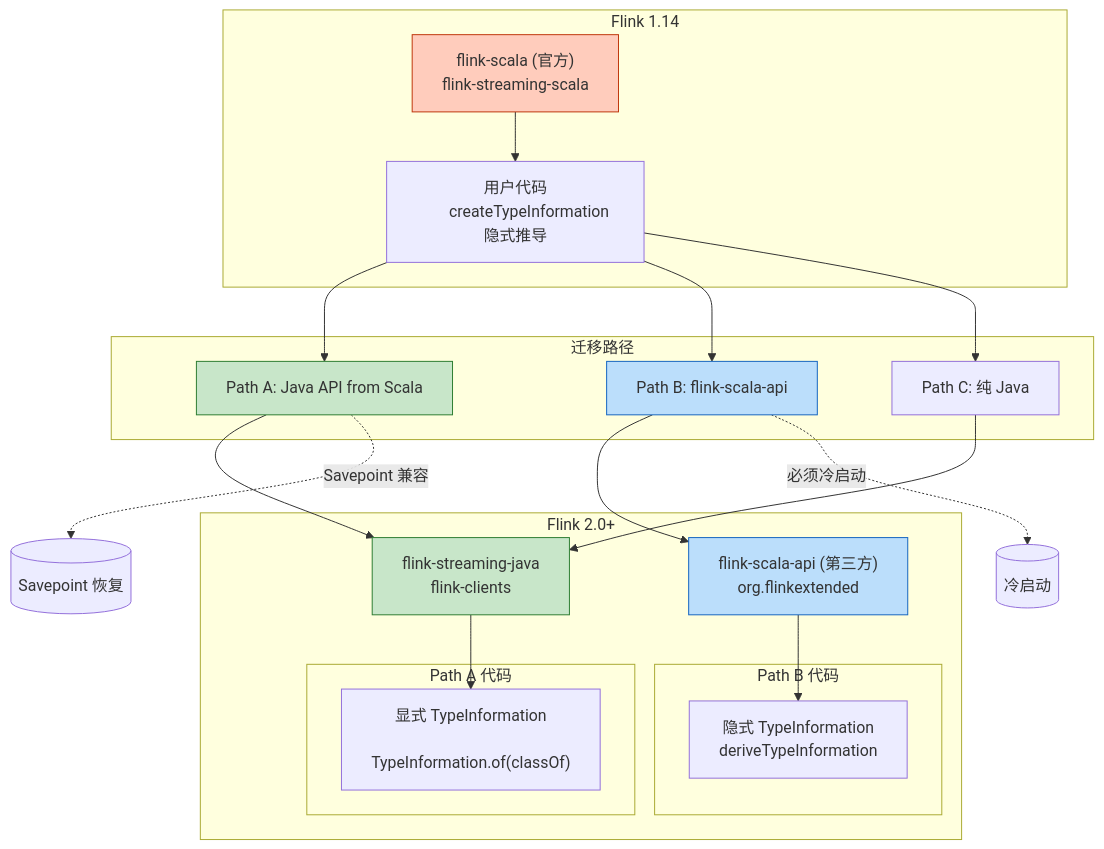
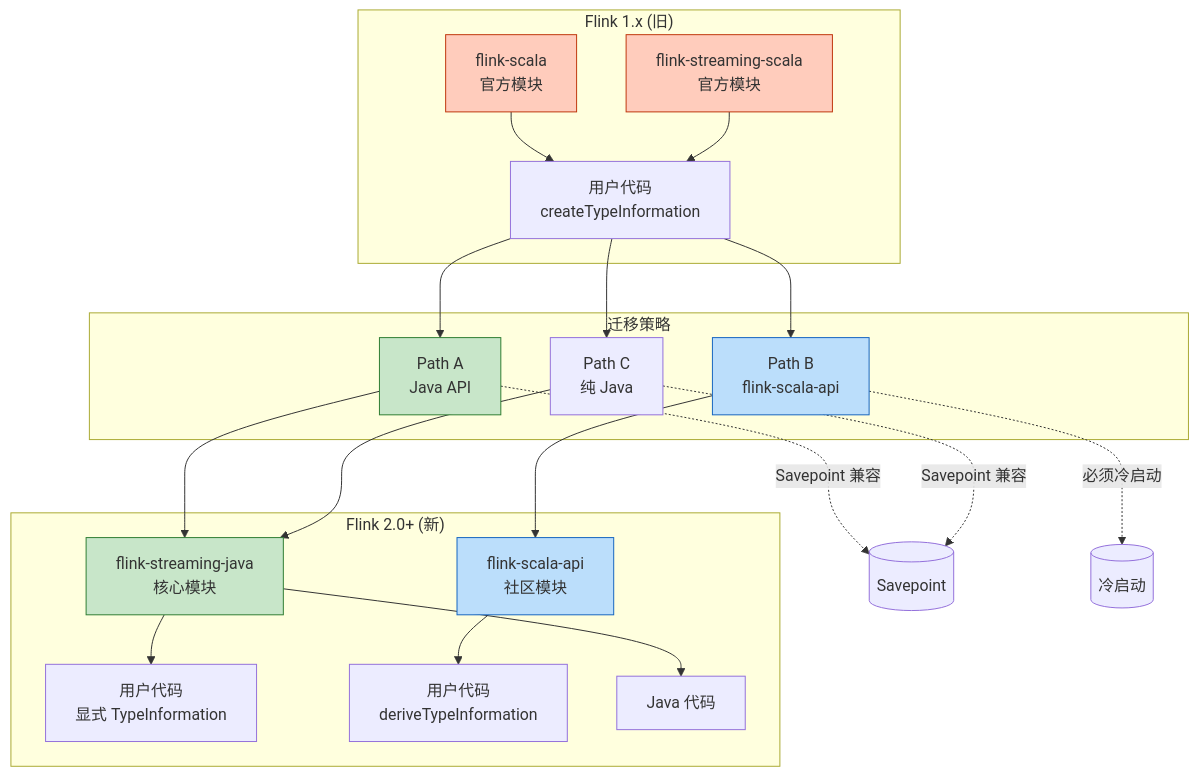
The fourth of 5 diagrams in Flink/09-language-foundations/03.01-migration-guide.md (AdaMartin18010/AnalysisDataFlow), drawn with Mermaid before and after one commit. The commit also changed other lines of this file and 19 other files, not shown here.

````diff
--- a/Flink/09-language-foundations/03.01-migration-guide.md
+++ b/Flink/09-language-foundations/03.01-migration-guide.md
@@ -819,53 +1895,47 @@
 ```mermaid
 graph TB
-    subgraph "Flink 1.14"
-        OLD_API["flink-scala (官方)
-        flink-streaming-scala"]
-        OLD_CODE["用户代码
-        createTypeInformation 隐式推导"]
+    subgraph Flink1x["Flink 1.x (旧)"]
+        FS[flink-scala<br/>官方模块]
+        FSS[flink-streaming-scala<br/>官方模块]
+        CODE1[用户代码<br/>createTypeInformation]
     end
 
-    subgraph "迁移路径"
-        PATH_A["Path A: Java API from Scala"]
-        PATH_B["Path B: flink-scala-api"]
-        PATH_C["Path C: 纯 Java"]
+    subgraph Migration["迁移策略"]
+        PA[Path A<br/>Java API]
+        PB[Path B<br/>flink-scala-api]
+        PC[Path C<br/>纯 Java]
     end
 
-    subgraph "Flink 2.0+"
-        JAVA_API["flink-streaming-java
-        flink-clients"]
-        SCALA_API["flink-scala-api (第三方)
-        org.flinkextended"]
-
-        subgraph "Path A 代码"
-            PA_CODE["显式 TypeInformation
-        TypeInformation.of(classOf)"]
-        end
-
-        subgraph "Path B 代码"
-            PB_CODE["隐式 TypeInformation
-        deriveTypeInformation"]
-        end
+    subgraph Flink2x["Flink 2.0+ (新)"]
+        FJ[flink-streaming-java<br/>核心模块]
+        FSA[flink-scala-api<br/>社区模块]
+        CODE_A[用户代码<br/>显式 TypeInformation]
+        CODE_B[用户代码<br/>deriveTypeInformation]
+        CODE_C[Java 代码]
     end
 
-    OLD_API --> OLD_CODE
-    OLD_CODE --> PATH_A
-    OLD_CODE --> PATH_B
-    OLD_CODE --> PATH_C
+    FS --> CODE1
+    FSS --> CODE1
+    CODE1 --> PA
+    CODE1 --> PB
+    CODE1 --> PC
 
-    PATH_A --> JAVA_API
-    PATH_B --> SCALA_API
-    PATH_C --> JAVA_API
+    PA --> FJ
+    PB --> FSA
+    PC --> FJ
 
-    JAVA_API --> PA_CODE
-    SCALA_API --> PB_CODE
+    FJ --> CODE_A
+    FSA --> CODE_B
+    FJ --> CODE_C
 
-    PATH_A -.->|Savepoint 兼容| SAVEPOINT[(Savepoint 恢复)]
-    PATH_B -.->|必须冷启动| COLD_START[(冷启动)]
+    PA -.->|Savepoint 兼容| SP[(Savepoint)]
+    PC -.->|Savepoint 兼容| SP
+    PB -.->|必须冷启动| CS[(冷启动)]
 
-    style OLD_API fill:#ffccbc,stroke:#bf360c
-    style JAVA_API fill:#c8e6c9,stroke:#2e7d32
-    style SCALA_API fill:#bbdefb,stroke:#1565c0
-    style PATH_A fill:#c8e6c9,stroke:#2e7d32
-    style PATH_B fill:#bbdefb,stroke:#1565c0
+    style FS fill:#ffccbc,stroke:#bf360c
+    style FSS fill:#ffccbc,stroke:#bf360c
+    style FJ fill:#c8e6c9,stroke:#2e7d32
+    style FSA fill:#bbdefb,stroke:#1565c0
+    style PA fill:#c8e6c9,stroke:#2e7d32
+    style PB fill:#bbdefb,stroke:#1565c0
 ```
````
